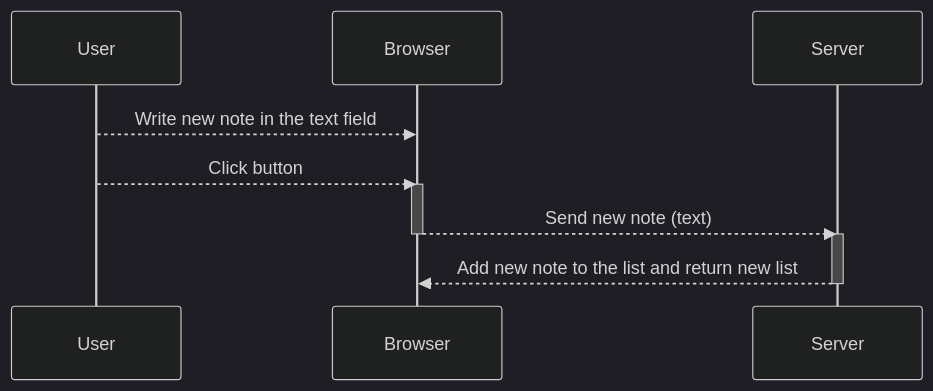
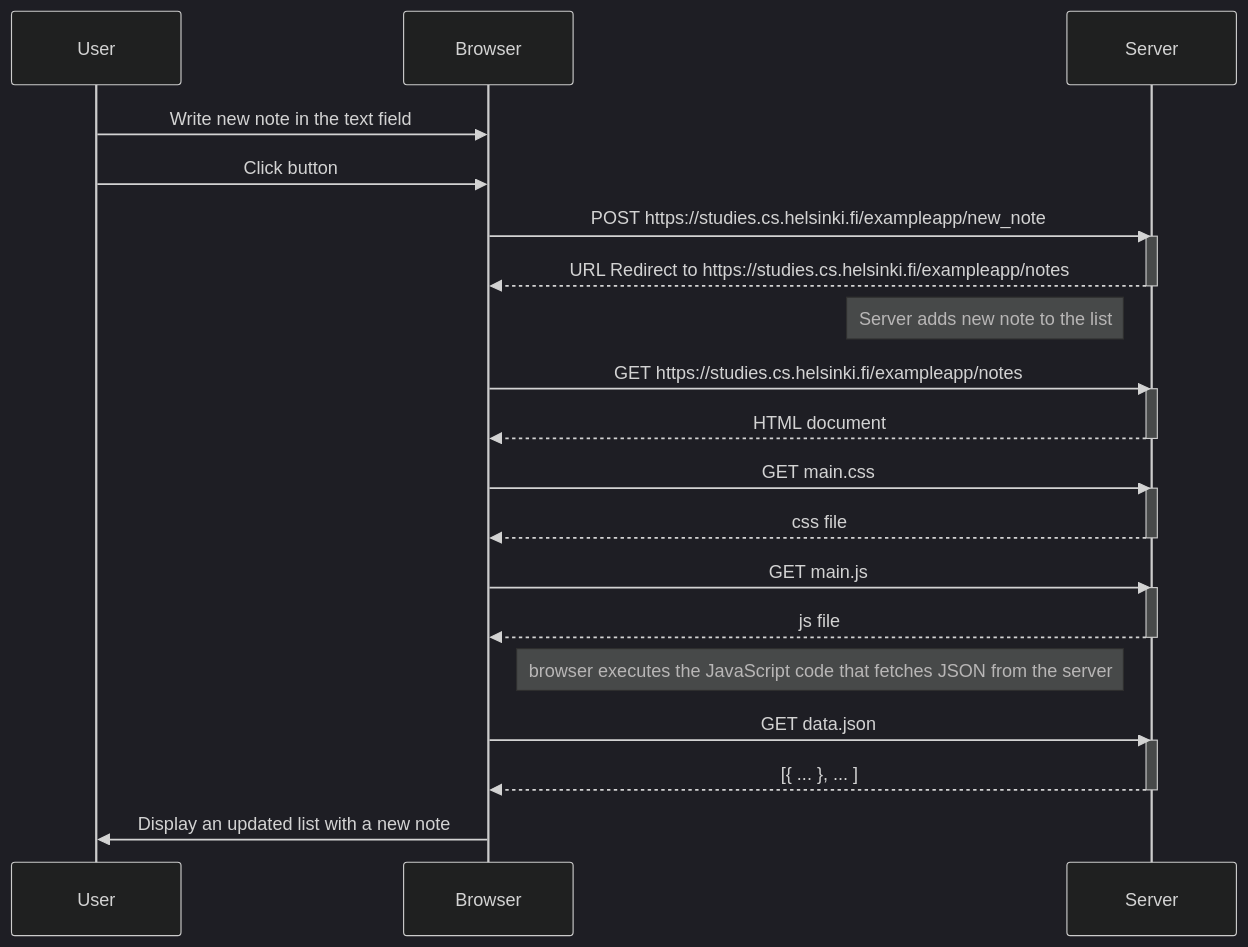
One commit to aseeva-es/full-stack-open changed the diagram in part0/4.md. Above: the diagram before and after it, drawn with Mermaid (dark theme).

Commit message:
fixed solution to 0.4

````diff
--- a/part0/4.md
+++ b/part0/4.md
@@ -3,15 +3,38 @@
 ```mermaid
 sequenceDiagram
 participant User
 participant Browser
 participant Server
-    User-->>Browser: Write new note in the text field
-    User-->>Browser: Click button
-    activate Browser
-    Browser-->>Server: Send new note (text)
-    deactivate Browser
+    User->>Browser: Write new note in the text field
+    User->>Browser: Click button
+
+    Browser->>Server: POST https://studies.cs.helsinki.fi/exampleapp/new_note
     activate Server
-    Server-->>Browser: Add new note to the list and return new list
+    Server-->>Browser: URL Redirect to https://studies.cs.helsinki.fi/exampleapp/notes
     deactivate Server
-    activate Browser
+    
+    Note left of Server: Server adds new note to the list
+
+    Browser->>Server: GET https://studies.cs.helsinki.fi/exampleapp/notes
+    activate Server
+    Server-->>Browser: HTML document
+    deactivate Server
+
+    Browser->>Server: GET main.css
+    activate Server
+    Server-->>Browser: css file
+    deactivate Server
+
+    Browser->>Server: GET main.js
+    activate Server
+    Server-->>Browser: js file
+    deactivate Server
+
+    Note right of Browser: browser executes the JavaScript code that fetches JSON from the server
+
+    Browser->>Server: GET data.json
+    activate Server
+    Server-->>Browser:  [{ ... }, ... ]
+    deactivate Server
+    Browser->>User: Display an updated list with a new note
 ```
````
